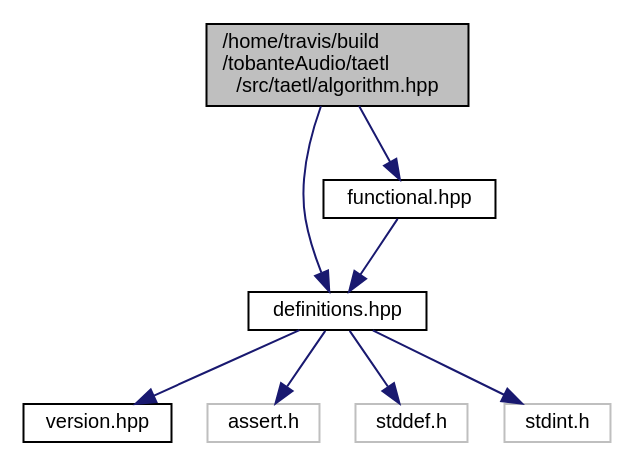
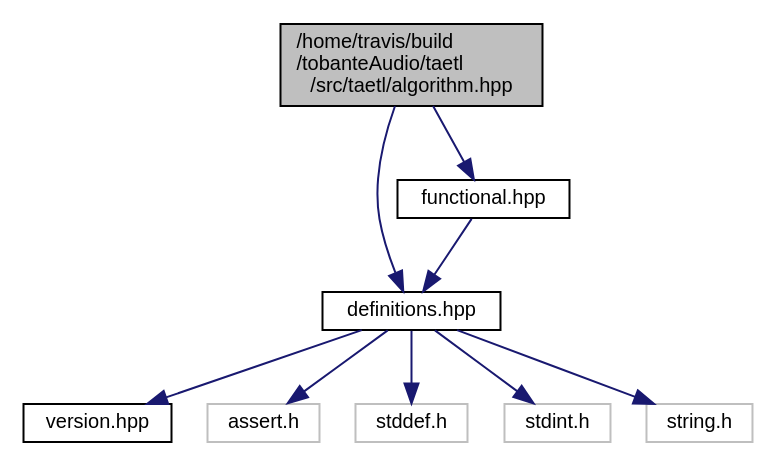
Before and after one commit to tobanteAudio/taetl: the diagram in algorithm_8hpp__incl.dot, drawn with Graphviz. The commit also changed 46 other files, not shown here.

```diff
--- a/algorithm_8hpp__incl.dot
+++ b/algorithm_8hpp__incl.dot
@@ -1,19 +1,21 @@
 digraph "/home/travis/build/tobanteAudio/taetl/src/taetl/algorithm.hpp"
 {
   edge [fontname="Helvetica",fontsize="10",labelfontname="Helvetica",labelfontsize="10"];
   node [fontname="Helvetica",fontsize="10",shape=record];
   Node0 [label="/home/travis/build\l/tobanteAudio/taetl\l/src/taetl/algorithm.hpp",height=0.2,width=0.4,color="black", fillcolor="grey75", style="filled", fontcolor="black"];
   Node0 -> Node1 [color="midnightblue",fontsize="10",style="solid",fontname="Helvetica"];
   Node1 [label="definitions.hpp",height=0.2,width=0.4,color="black", fillcolor="white", style="filled",URL="$definitions_8hpp.html"];
   Node1 -> Node2 [color="midnightblue",fontsize="10",style="solid",fontname="Helvetica"];
   Node2 [label="version.hpp",height=0.2,width=0.4,color="black", fillcolor="white", style="filled",URL="$version_8hpp.html"];
   Node1 -> Node3 [color="midnightblue",fontsize="10",style="solid",fontname="Helvetica"];
   Node3 [label="assert.h",height=0.2,width=0.4,color="grey75", fillcolor="white", style="filled"];
   Node1 -> Node4 [color="midnightblue",fontsize="10",style="solid",fontname="Helvetica"];
   Node4 [label="stddef.h",height=0.2,width=0.4,color="grey75", fillcolor="white", style="filled"];
   Node1 -> Node5 [color="midnightblue",fontsize="10",style="solid",fontname="Helvetica"];
   Node5 [label="stdint.h",height=0.2,width=0.4,color="grey75", fillcolor="white", style="filled"];
-  Node0 -> Node6 [color="midnightblue",fontsize="10",style="solid",fontname="Helvetica"];
-  Node6 [label="functional.hpp",height=0.2,width=0.4,color="black", fillcolor="white", style="filled",URL="$functional_8hpp.html"];
-  Node6 -> Node1 [color="midnightblue",fontsize="10",style="solid",fontname="Helvetica"];
+  Node1 -> Node6 [color="midnightblue",fontsize="10",style="solid",fontname="Helvetica"];
+  Node6 [label="string.h",height=0.2,width=0.4,color="grey75", fillcolor="white", style="filled"];
+  Node0 -> Node7 [color="midnightblue",fontsize="10",style="solid",fontname="Helvetica"];
+  Node7 [label="functional.hpp",height=0.2,width=0.4,color="black", fillcolor="white", style="filled",URL="$functional_8hpp.html"];
+  Node7 -> Node1 [color="midnightblue",fontsize="10",style="solid",fontname="Helvetica"];
 }
```
